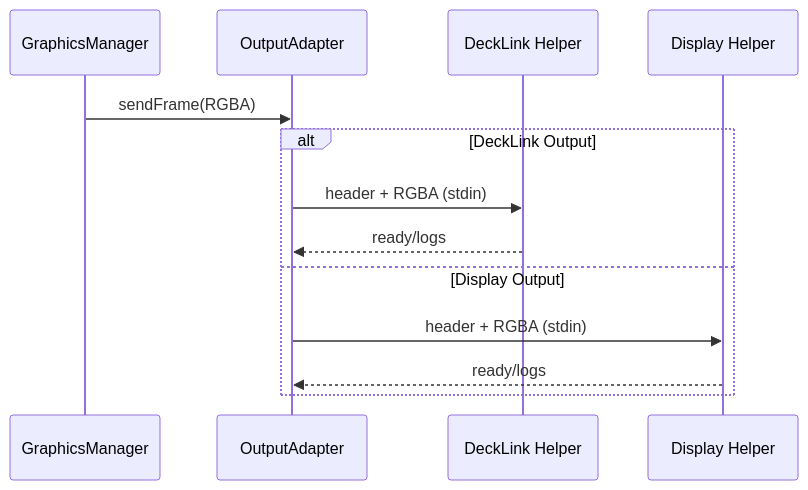
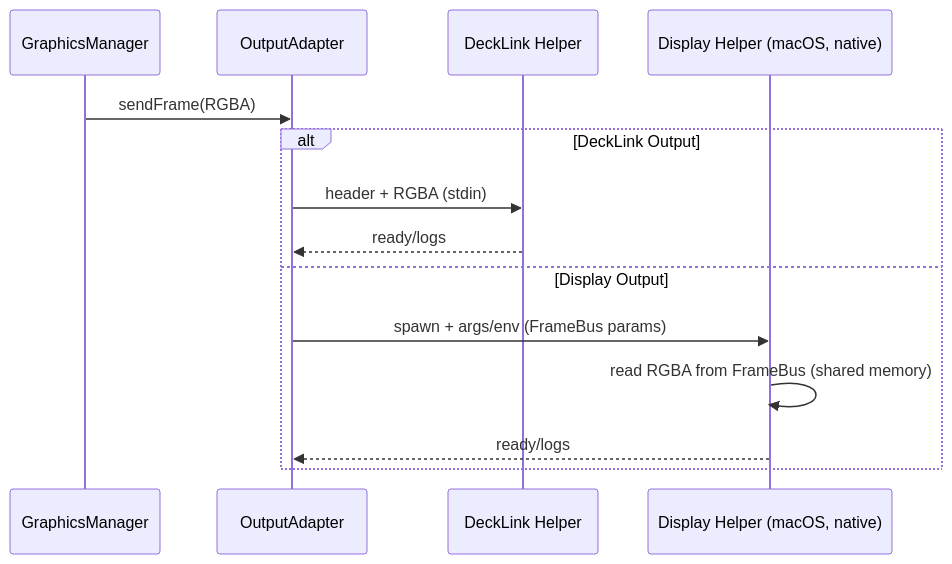
One commit to pivotrecruiting/broadify-bridge changed the diagram in docs/bridge/subsystems/output-helper.md. Above: the diagram before and after it, drawn with Mermaid. The commit also changed other lines of this file, not shown here.

````diff
--- a/docs/bridge/subsystems/output-helper.md
+++ b/docs/bridge/subsystems/output-helper.md
@@ -25,16 +26,17 @@
 ```mermaid
 sequenceDiagram
   participant GM as GraphicsManager
   participant OA as OutputAdapter
   participant DH as DeckLink Helper
-  participant EH as Display Helper
+  participant EH as Display Helper (macOS, native)
 
   GM->>OA: sendFrame(RGBA)
   alt DeckLink Output
     OA->>DH: header + RGBA (stdin)
     DH-->>OA: ready/logs
   else Display Output
-    OA->>EH: header + RGBA (stdin)
+    OA->>EH: spawn + args/env (FrameBus params)
+    EH->>EH: read RGBA from FrameBus (shared memory)
     EH-->>OA: ready/logs
   end
 ```
````
